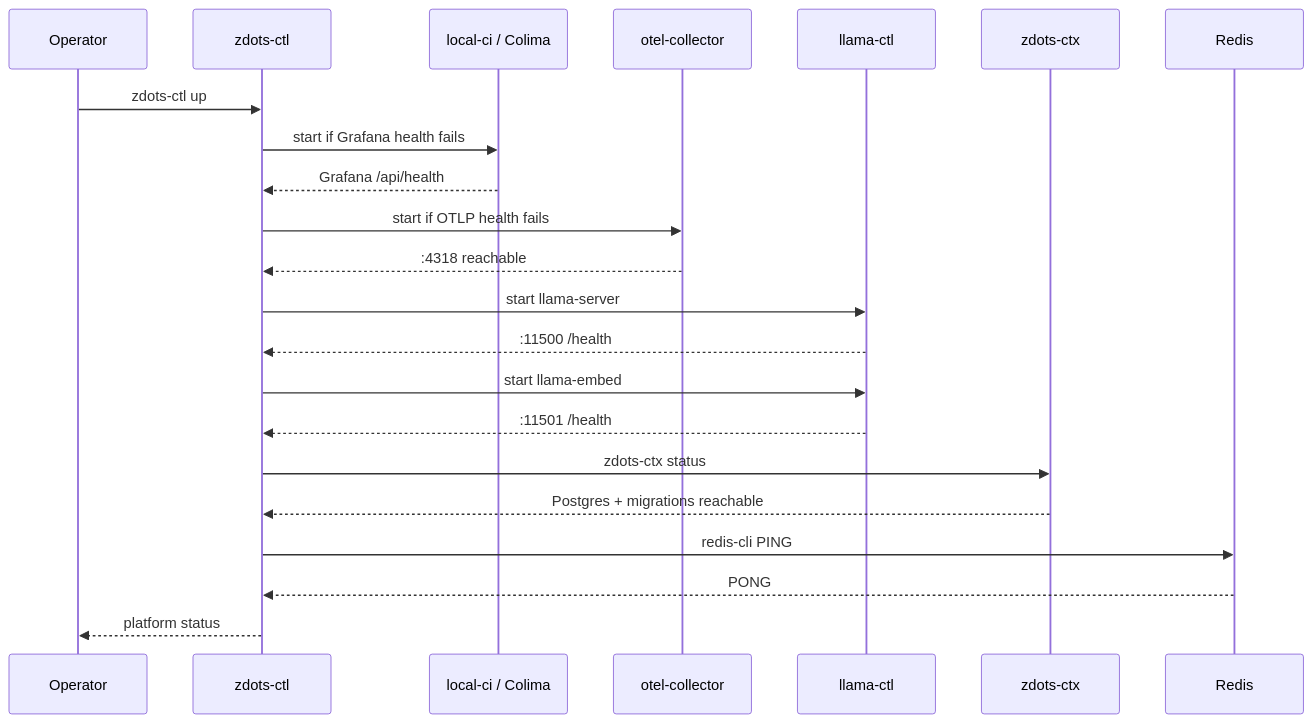
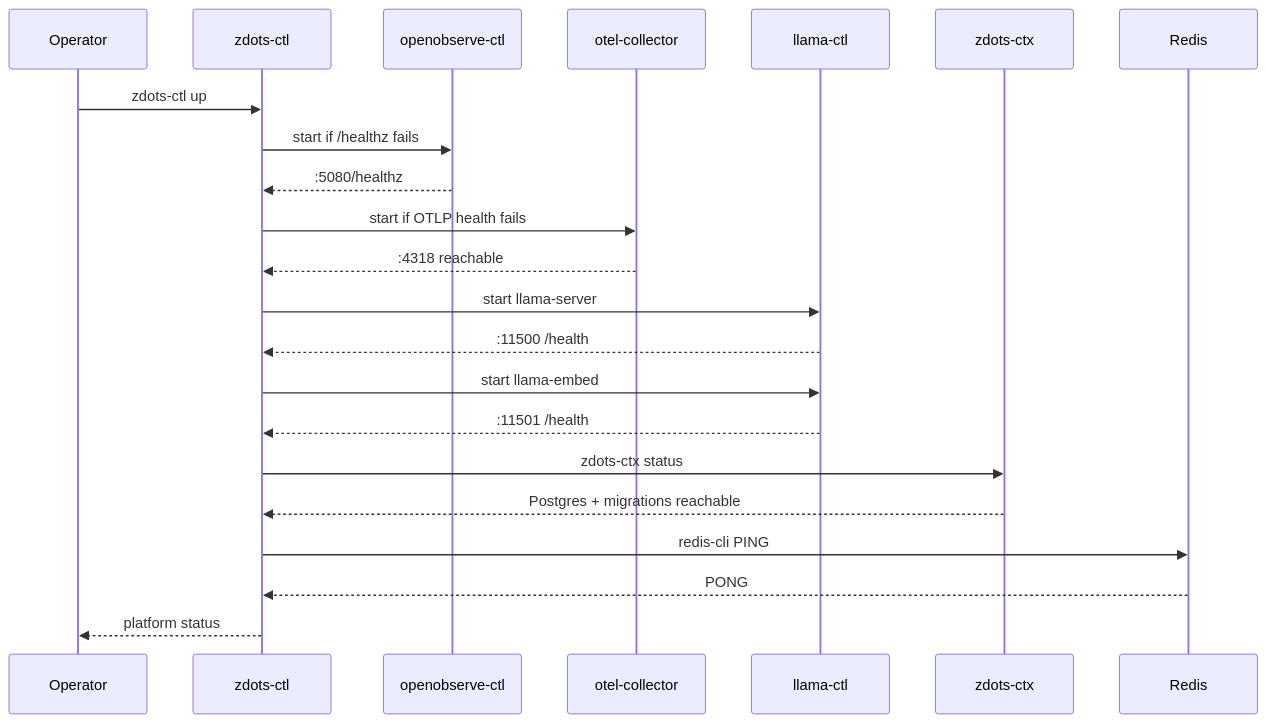
The second of 4 diagrams in docs/platform-service-plane.md (just3ws/zdots), drawn with Mermaid before and after one commit. The commit also changed other lines of this file and 20 other files, not shown here.

````diff
--- a/docs/platform-service-plane.md
+++ b/docs/platform-service-plane.md
@@ -72,25 +71,25 @@
 ```mermaid
 sequenceDiagram
     participant Op as Operator
     participant Ctl as zdots-ctl
-    participant LGTM as local-ci / Colima
+    participant O2 as openobserve-ctl
     participant OTel as otel-collector
     participant AI as llama-ctl
     participant Brain as zdots-ctx
     participant Cache as Redis
 
     Op->>Ctl: zdots-ctl up
-    Ctl->>LGTM: start if Grafana health fails
-    LGTM-->>Ctl: Grafana /api/health
+    Ctl->>O2: start if /healthz fails
+    O2-->>Ctl: :5080/healthz
     Ctl->>OTel: start if OTLP health fails
     OTel-->>Ctl: :4318 reachable
     Ctl->>AI: start llama-server
     AI-->>Ctl: :11500 /health
     Ctl->>AI: start llama-embed
     AI-->>Ctl: :11501 /health
     Ctl->>Brain: zdots-ctx status
     Brain-->>Ctl: Postgres + migrations reachable
     Ctl->>Cache: redis-cli PING
     Cache-->>Ctl: PONG
     Ctl-->>Op: platform status
 ```
````
